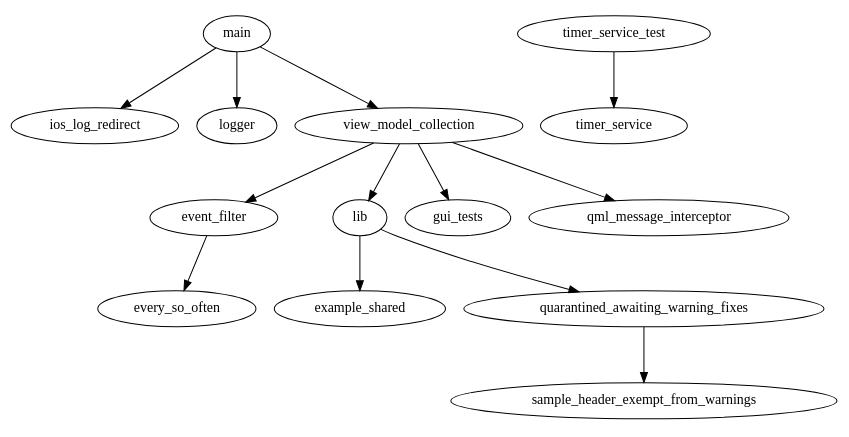
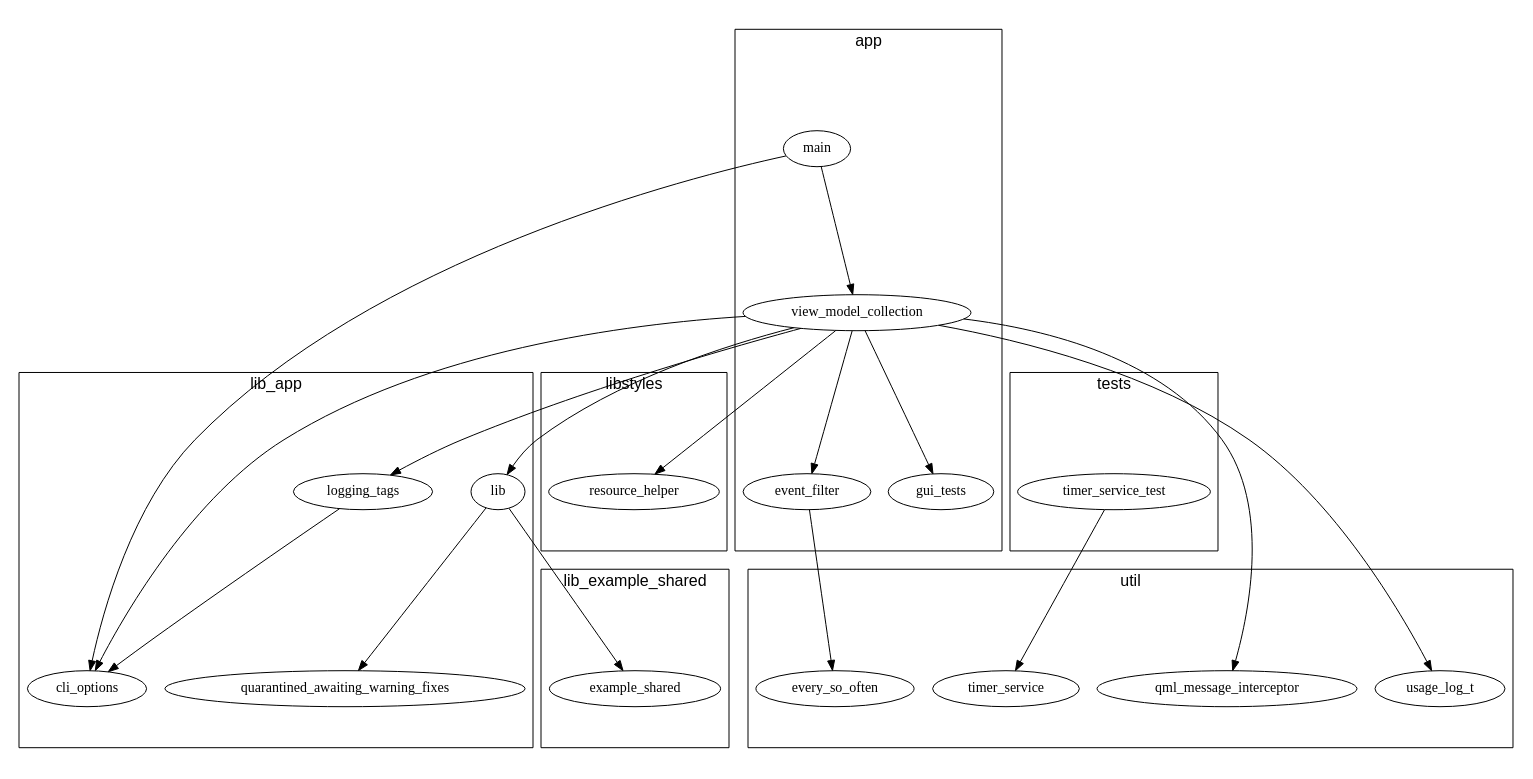
One commit to 219-design/qt-qml-project-template-with-ci changed the diagram in sw_arch_doc/all_src.dot. Above: the diagram before and after it, drawn with Graphviz. The commit also changed 9 other files, not shown here.

```diff
--- a/sw_arch_doc/all_src.dot
+++ b/sw_arch_doc/all_src.dot
@@ -1,19 +1,97 @@
 digraph "source tree" {
     overlap=scale;
     ratio=0.5;
     fontsize="16";
     fontname="Helvetica";
 	clusterrank="local";
-	"event_filter" -> "every_so_often"
-	"lib" -> "example_shared"
-	"lib" -> "quarantined_awaiting_warning_fixes"
-	"main" -> "ios_log_redirect"
-	"main" -> "logger"
-	"main" -> "view_model_collection"
-	"quarantined_awaiting_warning_fixes" -> "sample_header_exempt_from_warnings"
-	"timer_service_test" -> "timer_service"
-	"view_model_collection" -> "event_filter"
-	"view_model_collection" -> "gui_tests"
-	"view_model_collection" -> "lib"
-	"view_model_collection" -> "qml_message_interceptor"
+subgraph "cluster_box_dir_lib_app" {
+        label="lib_app";
+        "cli_options";
 }
+"cli_options"
+subgraph "cluster_box_dir_app" {
+        label="app";
+        "event_filter";
+}
+"event_filter"
+"event_filter" -> "every_so_often"
+subgraph "cluster_box_dir_util" {
+        label="util";
+        "every_so_often";
+}
+"every_so_often"
+subgraph "cluster_box_dir_lib_example_shared" {
+        label="lib_example_shared";
+        "example_shared";
+}
+"example_shared"
+subgraph "cluster_box_dir_app" {
+        label="app";
+        "gui_tests";
+}
+"gui_tests"
+subgraph "cluster_box_dir_lib_app" {
+        label="lib_app";
+        "lib";
+}
+"lib"
+"lib" -> "example_shared"
+"lib" -> "quarantined_awaiting_warning_fixes"
+subgraph "cluster_box_dir_lib_app" {
+        label="lib_app";
+        "logging_tags";
+}
+"logging_tags"
+"logging_tags" -> "cli_options"
+subgraph "cluster_box_dir_app" {
+        label="app";
+        "main";
+}
+"main"
+"main" -> "cli_options"
+"main" -> "view_model_collection"
+subgraph "cluster_box_dir_util" {
+        label="util";
+        "qml_message_interceptor";
+}
+"qml_message_interceptor"
+subgraph "cluster_box_dir_lib_app" {
+        label="lib_app";
+        "quarantined_awaiting_warning_fixes";
+}
+"quarantined_awaiting_warning_fixes"
+subgraph "cluster_box_dir_libstyles" {
+        label="libstyles";
+        "resource_helper";
+}
+"resource_helper"
+subgraph "cluster_box_dir_util" {
+        label="util";
+        "timer_service";
+}
+"timer_service"
+subgraph "cluster_box_dir_tests" {
+        label="tests";
+        "timer_service_test";
+}
+"timer_service_test"
+"timer_service_test" -> "timer_service"
+subgraph "cluster_box_dir_util" {
+        label="util";
+        "usage_log_t";
+}
+"usage_log_t"
+subgraph "cluster_box_dir_app" {
+        label="app";
+        "view_model_collection";
+}
+"view_model_collection"
+"view_model_collection" -> "cli_options"
+"view_model_collection" -> "event_filter"
+"view_model_collection" -> "gui_tests"
+"view_model_collection" -> "lib"
+"view_model_collection" -> "logging_tags"
+"view_model_collection" -> "qml_message_interceptor"
+"view_model_collection" -> "resource_helper"
+"view_model_collection" -> "usage_log_t"
+}
```
